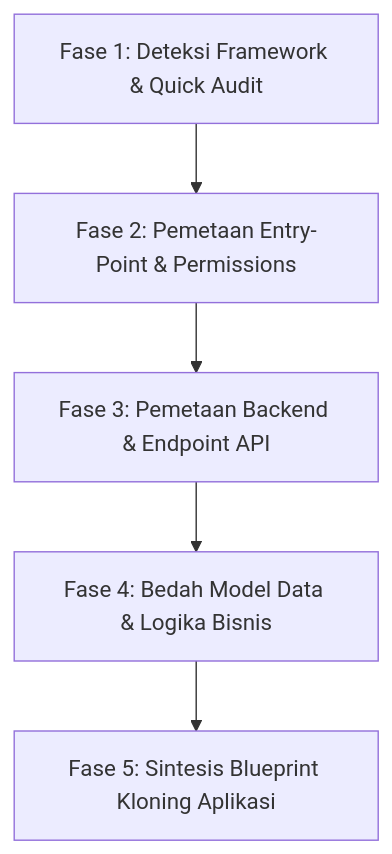
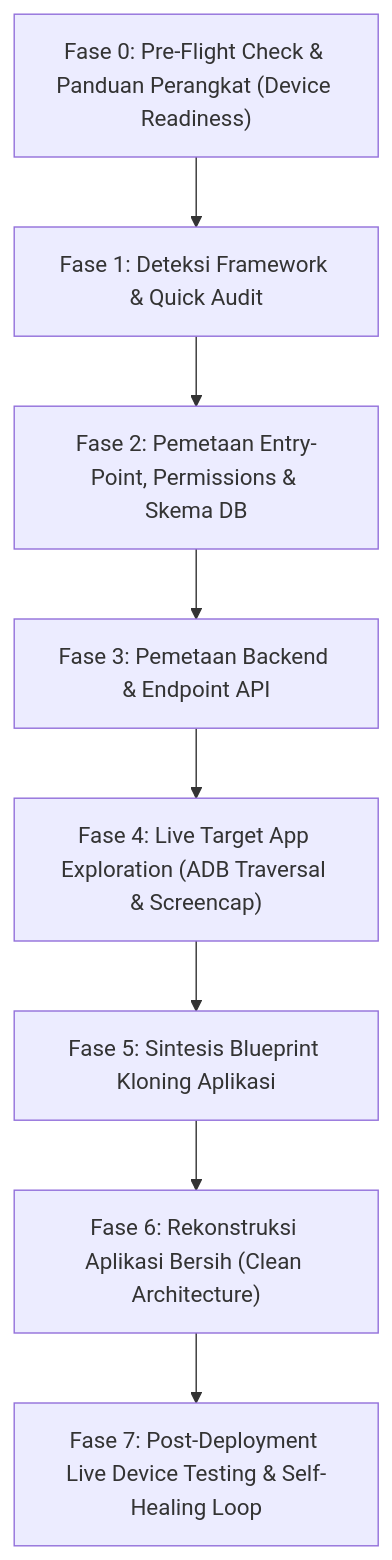
Before and after one commit to rafyaditya/apkx: the diagram in .agents/skills/apkx-android-blueprint/SKILL.md, drawn with Mermaid. The commit also changed other lines of this file and 10 other files, not shown here.

First line of the commit message:
feat: expand apkx into autonomous agent live device testing & self-healing engine (v1.2.0)

````diff
--- a/.agents/skills/apkx-android-blueprint/SKILL.md
+++ b/.agents/skills/apkx-android-blueprint/SKILL.md
@@ -22,7 +23,10 @@
 ```mermaid
 flowchart TD
-    P1["Fase 1: Deteksi Framework & Quick Audit"] --> P2["Fase 2: Pemetaan Entry-Point & Permissions"]
+    P0["Fase 0: Pre-Flight Check & Panduan Perangkat (Device Readiness)"] --> P1["Fase 1: Deteksi Framework & Quick Audit"]
+    P1 --> P2["Fase 2: Pemetaan Entry-Point, Permissions & Skema DB"]
     P2 --> P3["Fase 3: Pemetaan Backend & Endpoint API"]
-    P3 --> P4["Fase 4: Bedah Model Data & Logika Bisnis"]
+    P3 --> P4["Fase 4: Live Target App Exploration (ADB Traversal & Screencap)"]
     P4 --> P5["Fase 5: Sintesis Blueprint Kloning Aplikasi"]
+    P5 --> P6["Fase 6: Rekonstruksi Aplikasi Bersih (Clean Architecture)"]
+    P6 --> P7["Fase 7: Post-Deployment Live Device Testing & Self-Healing Loop"]
 ```
````
